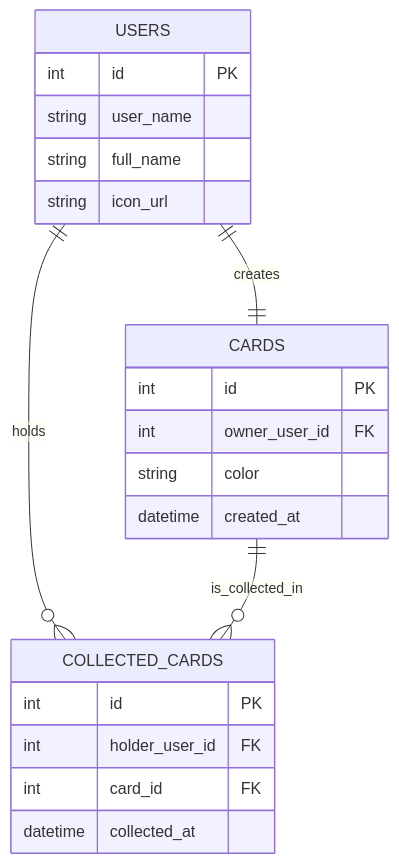
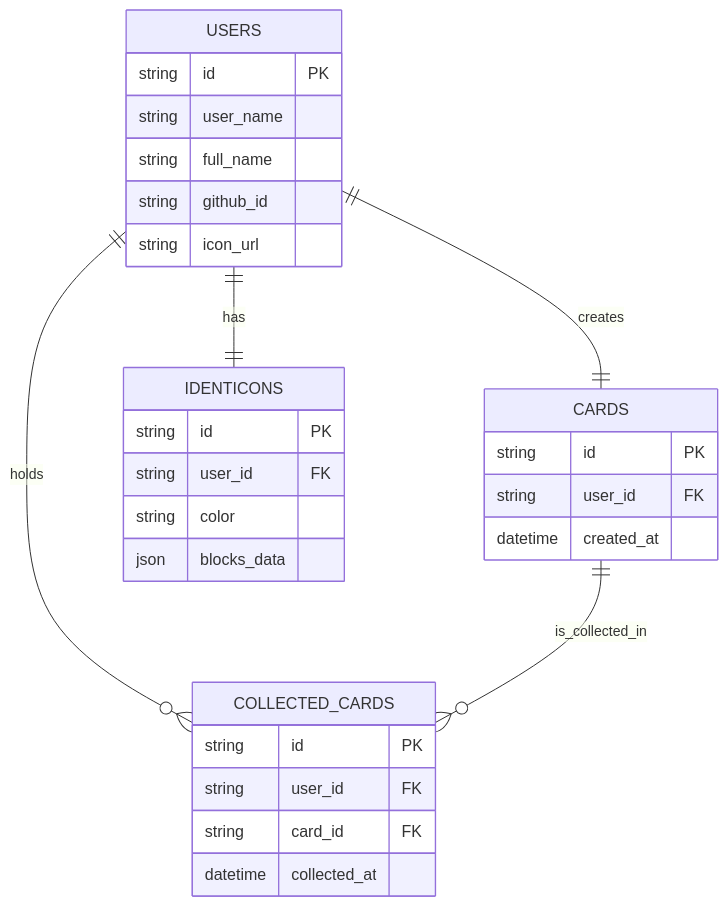
Before and after one commit to furarico/octo-deck-api: the diagram in docs/er.md, drawn with Mermaid.

Commit message:
Update er.md (#33)

````diff
--- a/docs/er.md
+++ b/docs/er.md
@@ -3,27 +3,35 @@
 ```mermaid
 erDiagram
     USERS {
-        int id PK
+        string id PK
         string user_name
         string full_name
+        string github_id
         string icon_url
     }
 
     CARDS {
-        int id PK
-        int owner_user_id FK
-        string color
+        string id PK
+        string user_id FK
         datetime created_at
     }
 
     COLLECTED_CARDS {
-        int id PK
-        int holder_user_id FK
-        int card_id FK
+        string id PK
+        string user_id FK
+        string card_id FK
         datetime collected_at
+    }
+
+    IDENTICONS {
+        string id PK
+        string user_id FK
+        string color
+        json blocks_data
     }
 
     USERS ||--|| CARDS : creates
     USERS ||--o{ COLLECTED_CARDS : holds
     CARDS ||--o{ COLLECTED_CARDS : is_collected_in
+    USERS ||--|| IDENTICONS : has
 ```
````
